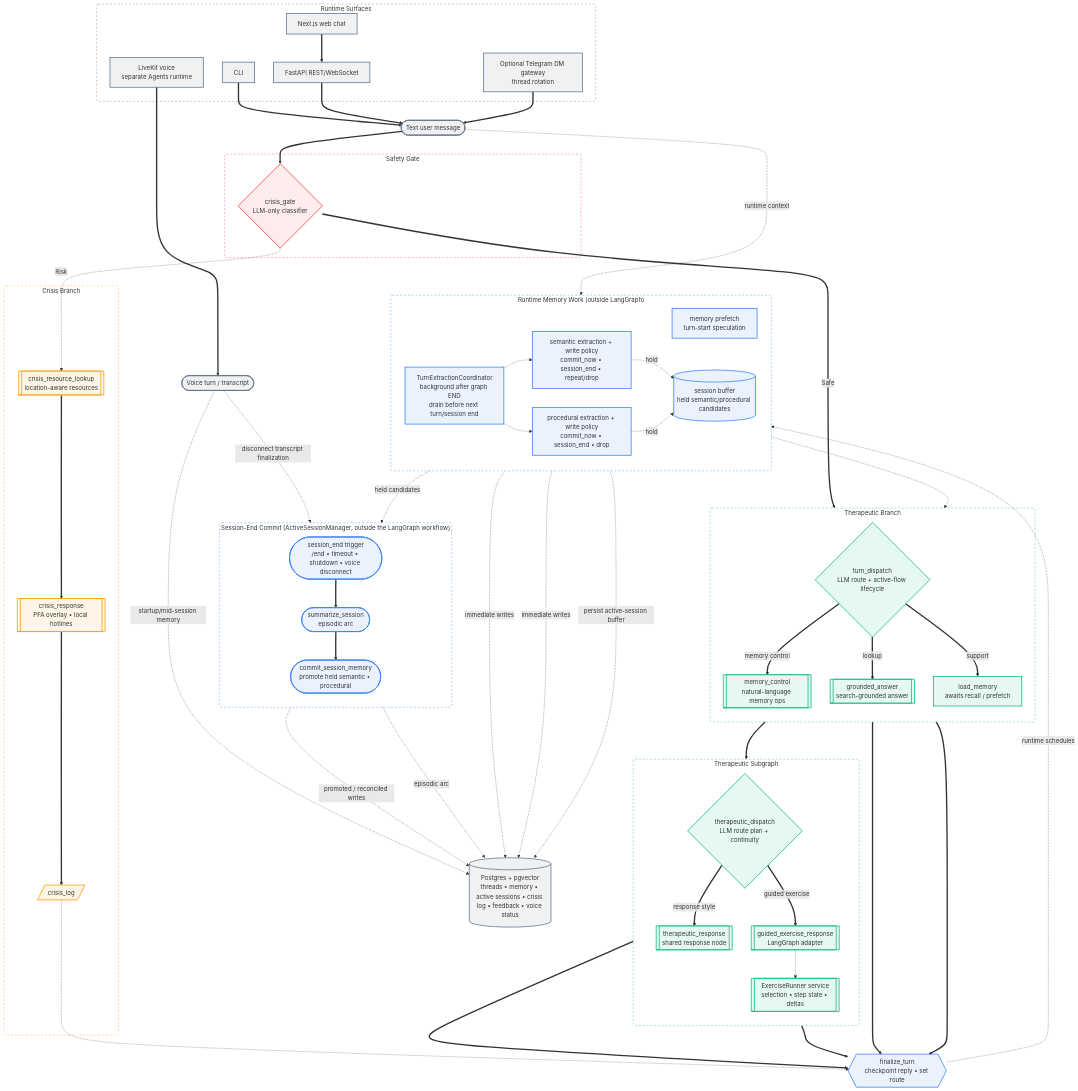
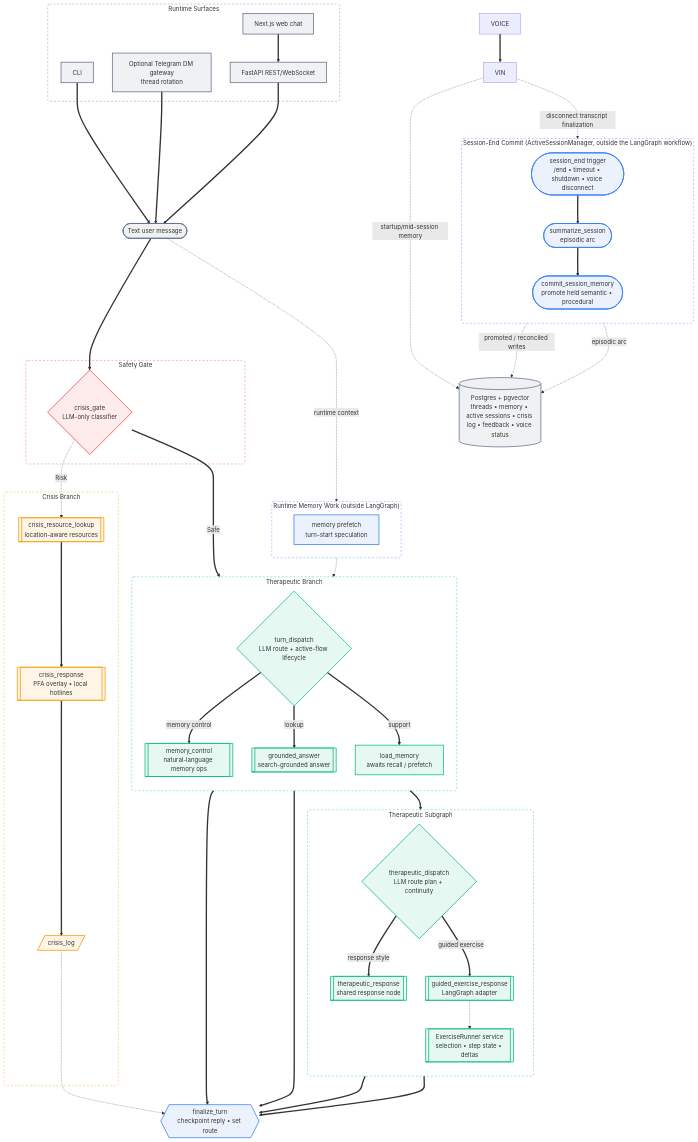
One commit to whanyu1212/OpenCouch changed the diagram in README.md. Above: the diagram before and after it, drawn with Mermaid. The commit also changed other lines of this file and 385 other files, not shown here.

```diff
--- a/README.md
+++ b/README.md
@@ -274,14 +236,11 @@
     subgraph SURF ["Runtime Surfaces"]
         CLI["CLI"]:::inputNode
         WEB["Next.js web chat"]:::inputNode
-        VOICE["LiveKit voice<br/>separate Agents runtime"]:::inputNode
         TG["Optional Telegram DM gateway<br/>thread rotation"]:::inputNode
         API["FastAPI REST/WebSocket"]:::inputNode
     end
 
     IN(["Text user message"]):::inputNode
-    VIN(["Voice turn / transcript"]):::inputNode
-
     subgraph GATE ["Safety Gate"]
         CG{"crisis_gate<br/>LLM-only classifier"}:::gateNode
     end
@@ -321,15 +280,7 @@
     subgraph POST ["Runtime Memory Work (outside LangGraph)"]
         direction LR
         MP["memory prefetch<br/>turn-start speculation"]:::sysNode
-        MX["TurnExtractionCoordinator<br/>background after graph END<br/>drain before next turn/session end"]:::sysNode
-        EF["semantic extraction + write policy<br/>commit_now • session_end • repeat/drop"]:::sysNode
-        EP["procedural extraction + write policy<br/>commit_now • session_end • drop"]:::sysNode
-        SB[("session buffer<br/>held semantic/procedural candidates")]:::sysNode
         MP -.-> LM
-        MX -.-> EF
-        MX -.-> EP
-        EF -.->|hold| SB
-        EP -.->|hold| SB
     end
 
     subgraph SESSION ["Session-End Commit (ActiveSessionManager, outside the LangGraph workflow)"]
@@ -361,11 +312,6 @@
     TR ==> FT
     GE ==> FT
     CL -.-> FT
-    FT -.->|runtime schedules| MX
-    EF -.->|immediate writes| DB
-    EP -.->|immediate writes| DB
-    MX -.->|persist active-session buffer| DB
-    SB -.->|held candidates| CM
     CM -.->|promoted / reconciled writes| DB
     SS -.->|episodic arc| DB
 
```
